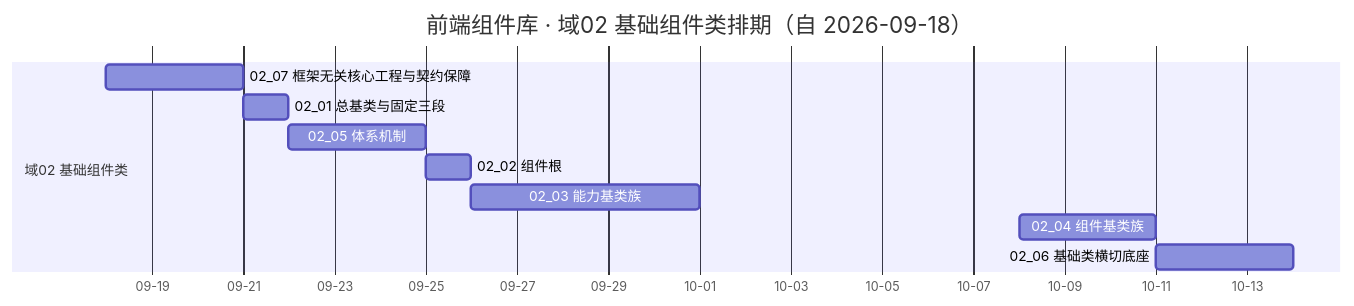
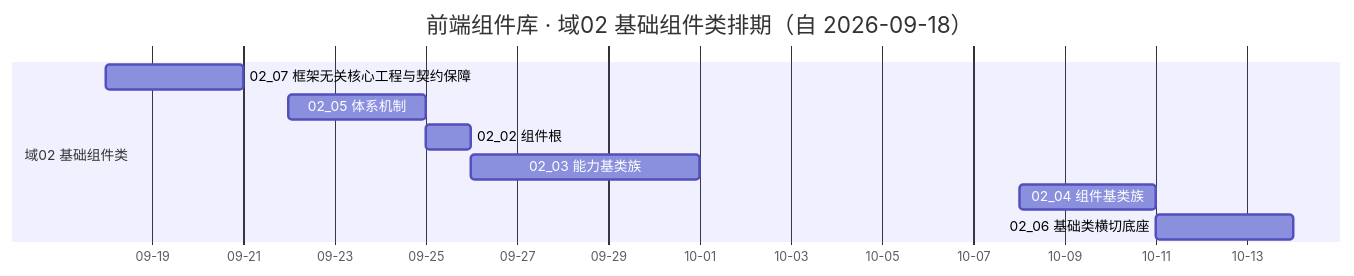
The diagram in bms文档/项目/04_前端组件库/计划/01_计划_前端组件库.md (minjian123/basic-management-system), drawn with Mermaid before and after one commit. The commit also changed other lines of this file and 5 other files, not shown here.

````diff
--- a/bms文档/项目/04_前端组件库/计划/01_计划_前端组件库.md
+++ b/bms文档/项目/04_前端组件库/计划/01_计划_前端组件库.md
@@ -39,14 +37,13 @@
 ```mermaid
 gantt
     title 前端组件库 · 域02 基础组件类排期（自 2026-09-18）
     dateFormat  YYYY-MM-DD
     axisFormat %m-%d
     section 域02 基础组件类
     02_07 框架无关核心工程与契约保障 :a07, 2026-09-18, 3d
-    02_01 总基类与固定三段           :a01, 2026-09-21, 1d
     02_05 体系机制                   :a05, 2026-09-22, 3d
     02_02 组件根                     :a02, 2026-09-25, 1d
     02_03 能力基类族                 :a03, 2026-09-26, 5d
     02_04 组件基类族                 :a04, 2026-10-08, 3d
     02_06 基础类横切底座             :a06, 2026-10-11, 3d
 ```
````
